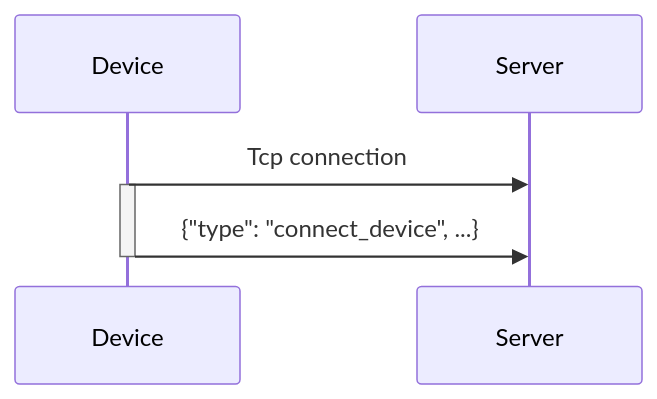
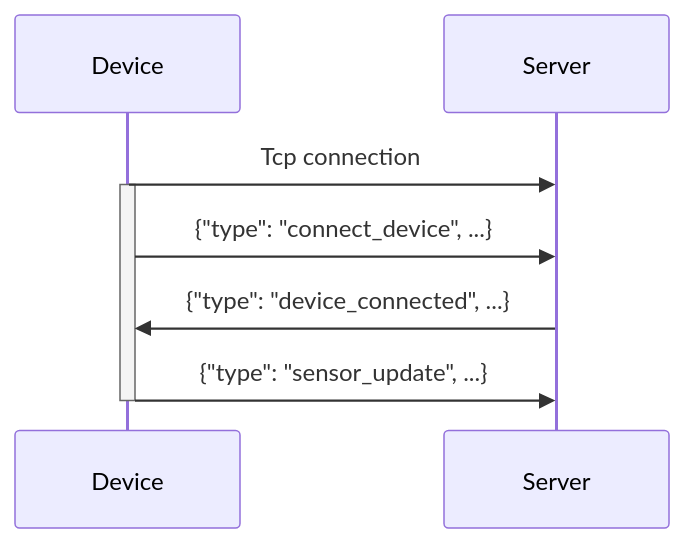
The third of 6 diagrams in docs/protocol.md (Vivax-School-Ntnu/IDATA2034-exam), drawn with Mermaid before and after one commit. The commit also changed other lines of this file and 3 other files, not shown here.

````diff
--- a/docs/protocol.md
+++ b/docs/protocol.md
@@ -159,11 +198,12 @@
 ```mermaid
 sequenceDiagram
     participant Device
     participant Server
 
     Device ->> Server : Tcp connection
     activate Device
     Device ->> Server : {"type": "connect_device", ...}
+    Server ->> Device : {"type": "device_connected", ...}
+    Device ->> Server : {"type": "sensor_update", ...}
     deactivate Device
-
 ```
````
